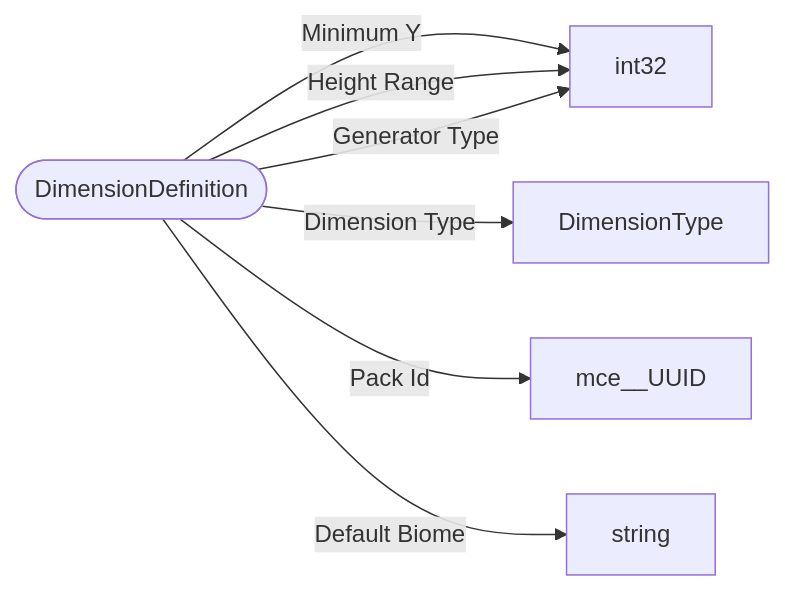
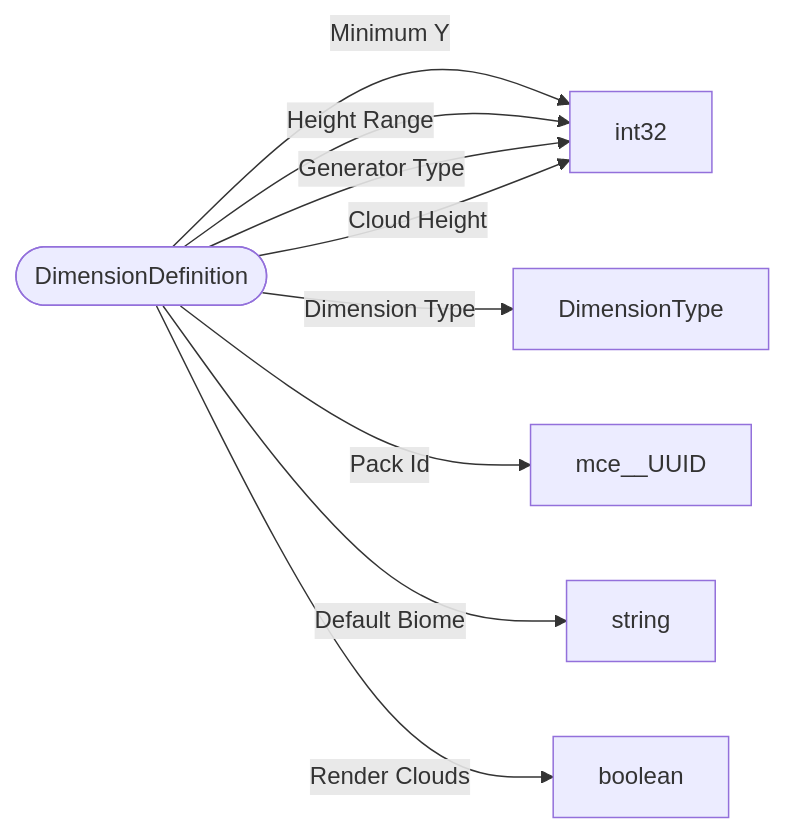
One commit to bedrock-v/protocol-docs changed the diagram in schemas/types/DimensionDefinition.md. Above: the diagram before and after it, drawn with Mermaid. The commit also changed 77 other files, not shown here.

````diff
--- a/schemas/types/DimensionDefinition.md
+++ b/schemas/types/DimensionDefinition.md
@@ -5,10 +5,12 @@
 ```mermaid
 flowchart LR
   ROOT(["DimensionDefinition"])
   ROOT -->|"Minimum Y"| int32["int32"]
   ROOT -->|"Height Range"| int32["int32"]
   ROOT -->|"Generator Type"| int32["int32"]
   ROOT -->|"Dimension Type"| DimensionType["DimensionType"]
   ROOT -->|"Pack Id"| mce__UUID["mce__UUID"]
   ROOT -->|"Default Biome"| string["string"]
+  ROOT -->|"Cloud Height"| int32["int32"]
+  ROOT -->|"Render Clouds"| boolean["boolean"]
 ```
````
